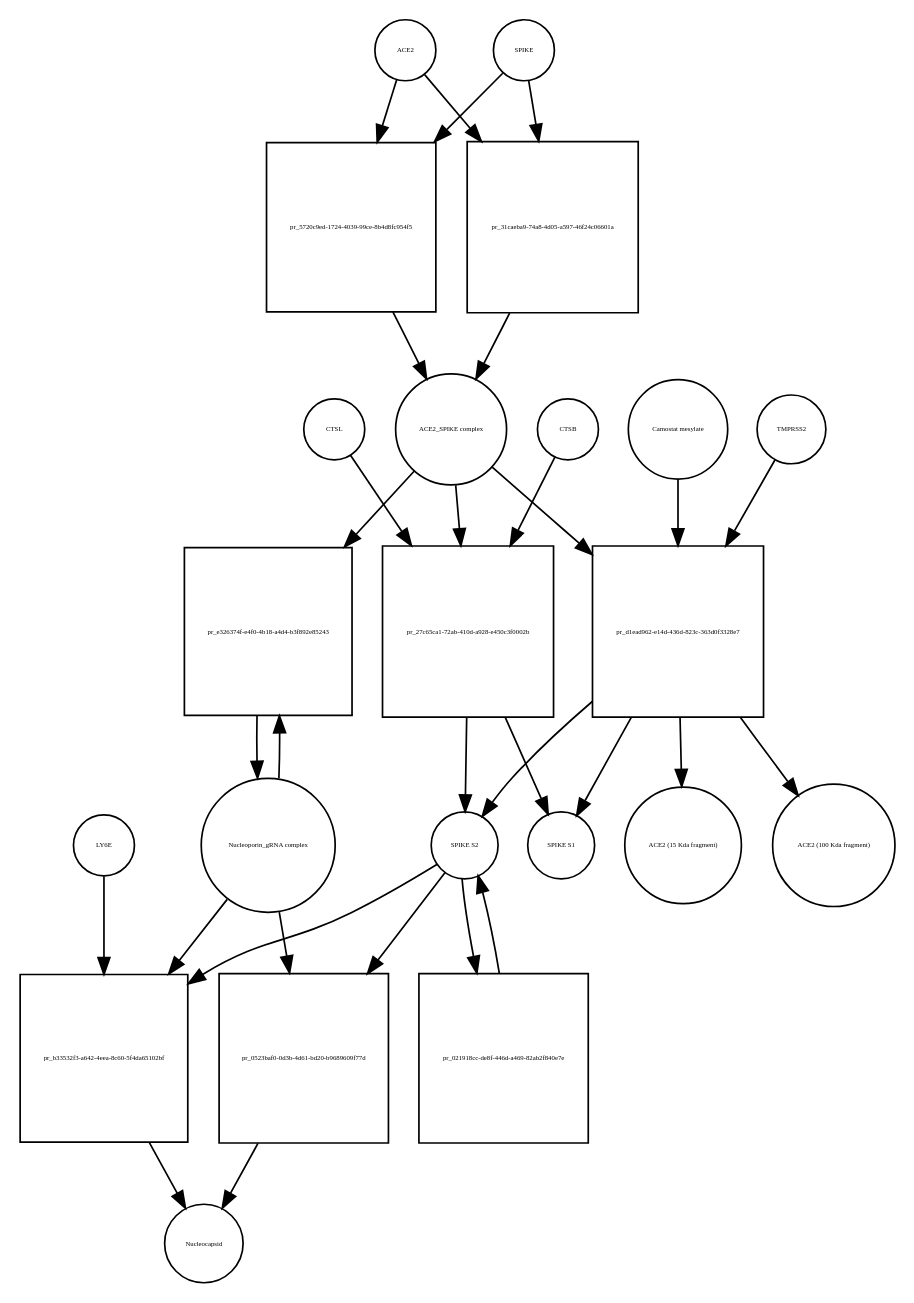
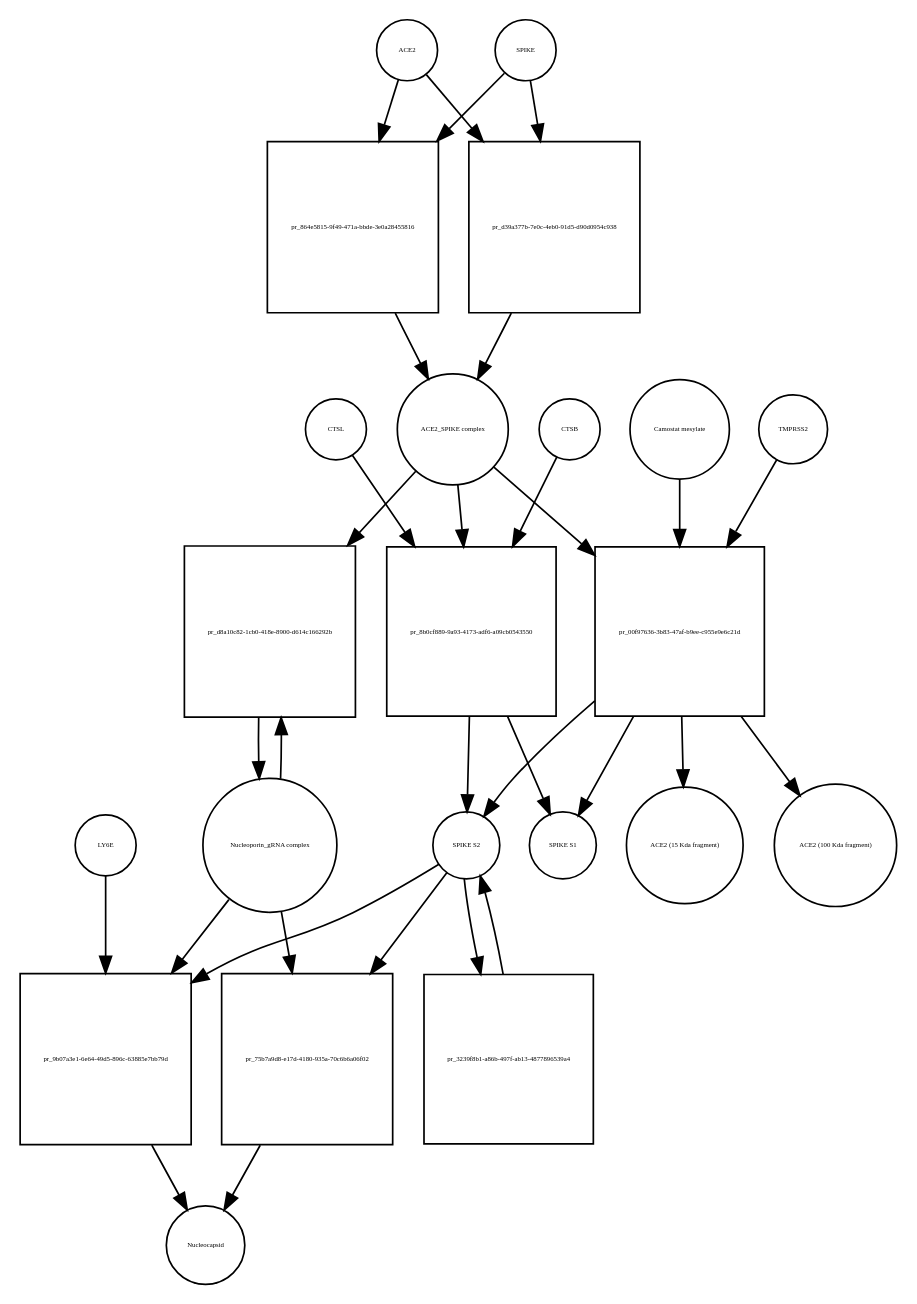
The diagram in Virus_replication_cycle_V02.xml_bipartite.dot (cannin/covid19-sbgn), drawn with Graphviz before and after one commit. The commit also changed 564 other files, not shown here.

```diff
--- a/Virus_replication_cycle_V02.xml_bipartite.dot
+++ b/Virus_replication_cycle_V02.xml_bipartite.dot
@@ -1,54 +1,54 @@
 strict digraph  {
 ACE2 [annotation="", bipartite=0, cls=macromolecule, fontsize=4, label=ACE2, shape=circle];
-"pr_5720c9ed-1724-4039-99ce-8b4d8fc954f5" [annotation="", bipartite=1, cls=process, fontsize=4, label="pr_5720c9ed-1724-4039-99ce-8b4d8fc954f5", shape=square];
+"pr_864e5815-9f49-471a-bbde-3e0a28455816" [annotation="", bipartite=1, cls=process, fontsize=4, label="pr_864e5815-9f49-471a-bbde-3e0a28455816", shape=square];
 "ACE2_SPIKE complex" [annotation="", bipartite=0, cls=complex, fontsize=4, label="ACE2_SPIKE complex", shape=circle];
 SPIKE [annotation="", bipartite=0, cls="macromolecule multimer", fontsize=4, label=SPIKE, shape=circle];
 "Nucleoporin_gRNA complex " [annotation="", bipartite=0, cls=complex, fontsize=4, label="Nucleoporin_gRNA complex ", shape=circle];
-"pr_e326374f-e4f0-4b18-a4d4-b3f892e85243" [annotation="", bipartite=1, cls=process, fontsize=4, label="pr_e326374f-e4f0-4b18-a4d4-b3f892e85243", shape=square];
-"pr_27c65ca1-72ab-410d-a928-e450c3f0002b" [annotation="", bipartite=1, cls=process, fontsize=4, label="pr_27c65ca1-72ab-410d-a928-e450c3f0002b", shape=square];
+"pr_d8a10c82-1cb0-418e-8900-d614c166292b" [annotation="", bipartite=1, cls=process, fontsize=4, label="pr_d8a10c82-1cb0-418e-8900-d614c166292b", shape=square];
+"pr_8b0cf889-9a93-4173-adf6-a09cb0543550" [annotation="", bipartite=1, cls=process, fontsize=4, label="pr_8b0cf889-9a93-4173-adf6-a09cb0543550", shape=square];
 "SPIKE S2" [annotation="", bipartite=0, cls=macromolecule, fontsize=4, label="SPIKE S2", shape=circle];
 CTSB [annotation="", bipartite=0, cls=macromolecule, fontsize=4, label=CTSB, shape=circle];
 CTSL [annotation="", bipartite=0, cls=macromolecule, fontsize=4, label=CTSL, shape=circle];
 "SPIKE S1" [annotation="", bipartite=0, cls=macromolecule, fontsize=4, label="SPIKE S1", shape=circle];
-"pr_d1ead962-e14d-436d-823c-363d0f3328e7" [annotation="", bipartite=1, cls=process, fontsize=4, label="pr_d1ead962-e14d-436d-823c-363d0f3328e7", shape=square];
+"pr_00f97636-3b83-47af-b9ee-c955e9e6c21d" [annotation="", bipartite=1, cls=process, fontsize=4, label="pr_00f97636-3b83-47af-b9ee-c955e9e6c21d", shape=square];
 TMPRSS2 [annotation="", bipartite=0, cls=macromolecule, fontsize=4, label=TMPRSS2, shape=circle];
 "Camostat mesylate" [annotation="urn_miriam_pubchem.compound_2536", bipartite=0, cls="simple chemical", fontsize=4, label="Camostat mesylate", shape=circle];
 "ACE2 (15 Kda fragment)" [annotation="", bipartite=0, cls=macromolecule, fontsize=4, label="ACE2 (15 Kda fragment)", shape=circle];
 "ACE2 (100 Kda fragment)" [annotation="", bipartite=0, cls=macromolecule, fontsize=4, label="ACE2 (100 Kda fragment)", shape=circle];
-"pr_31caeba9-74a8-4d05-a597-46f24c06601a" [annotation="", bipartite=1, cls=process, fontsize=4, label="pr_31caeba9-74a8-4d05-a597-46f24c06601a", shape=square];
-"pr_b33532f3-a642-4eea-8c60-5f4da65102bf" [annotation="", bipartite=1, cls=process, fontsize=4, label="pr_b33532f3-a642-4eea-8c60-5f4da65102bf", shape=square];
+"pr_d39a377b-7e0c-4eb0-91d5-d90d0954c938" [annotation="", bipartite=1, cls=process, fontsize=4, label="pr_d39a377b-7e0c-4eb0-91d5-d90d0954c938", shape=square];
+"pr_9b07a3e1-6e64-49d5-896c-63885e7bb79d" [annotation="", bipartite=1, cls=process, fontsize=4, label="pr_9b07a3e1-6e64-49d5-896c-63885e7bb79d", shape=square];
 Nucleocapsid [annotation="", bipartite=0, cls=complex, fontsize=4, label=Nucleocapsid, shape=circle];
 LY6E [annotation="", bipartite=0, cls=macromolecule, fontsize=4, label=LY6E, shape=circle];
-"pr_021918cc-de8f-446d-a469-82ab2f840e7e" [annotation="", bipartite=1, cls=process, fontsize=4, label="pr_021918cc-de8f-446d-a469-82ab2f840e7e", shape=square];
-"pr_0523baf0-0d3b-4d61-bd20-b9689609f77d" [annotation="", bipartite=1, cls=process, fontsize=4, label="pr_0523baf0-0d3b-4d61-bd20-b9689609f77d", shape=square];
-ACE2 -> "pr_5720c9ed-1724-4039-99ce-8b4d8fc954f5"  [annotation="", interaction_type=consumption];
-ACE2 -> "pr_31caeba9-74a8-4d05-a597-46f24c06601a"  [annotation="", interaction_type=consumption];
-"pr_5720c9ed-1724-4039-99ce-8b4d8fc954f5" -> "ACE2_SPIKE complex"  [annotation="", interaction_type=production];
-"ACE2_SPIKE complex" -> "pr_e326374f-e4f0-4b18-a4d4-b3f892e85243"  [annotation="urn_miriam_pubmed_32142651|urn_miriam_pubmed_32094589", interaction_type=stimulation];
-"ACE2_SPIKE complex" -> "pr_27c65ca1-72ab-410d-a928-e450c3f0002b"  [annotation="", interaction_type=consumption];
-"ACE2_SPIKE complex" -> "pr_d1ead962-e14d-436d-823c-363d0f3328e7"  [annotation="", interaction_type=consumption];
-SPIKE -> "pr_5720c9ed-1724-4039-99ce-8b4d8fc954f5"  [annotation="", interaction_type=consumption];
-SPIKE -> "pr_31caeba9-74a8-4d05-a597-46f24c06601a"  [annotation="", interaction_type=consumption];
-"Nucleoporin_gRNA complex " -> "pr_e326374f-e4f0-4b18-a4d4-b3f892e85243"  [annotation="", interaction_type=consumption];
-"Nucleoporin_gRNA complex " -> "pr_b33532f3-a642-4eea-8c60-5f4da65102bf"  [annotation="", interaction_type=consumption];
-"Nucleoporin_gRNA complex " -> "pr_0523baf0-0d3b-4d61-bd20-b9689609f77d"  [annotation="", interaction_type=consumption];
-"pr_e326374f-e4f0-4b18-a4d4-b3f892e85243" -> "Nucleoporin_gRNA complex "  [annotation="", interaction_type=production];
-"pr_27c65ca1-72ab-410d-a928-e450c3f0002b" -> "SPIKE S2"  [annotation="", interaction_type=production];
-"pr_27c65ca1-72ab-410d-a928-e450c3f0002b" -> "SPIKE S1"  [annotation="", interaction_type=production];
-"SPIKE S2" -> "pr_b33532f3-a642-4eea-8c60-5f4da65102bf"  [annotation="urn_miriam_doi_10.1101%2F2020.03.05.979260|urn_miriam_doi_10.1101%2F2020.04.02.021469", interaction_type=stimulation];
-"SPIKE S2" -> "pr_021918cc-de8f-446d-a469-82ab2f840e7e"  [annotation="", interaction_type=consumption];
-"SPIKE S2" -> "pr_0523baf0-0d3b-4d61-bd20-b9689609f77d"  [annotation="", interaction_type=stimulation];
-CTSB -> "pr_27c65ca1-72ab-410d-a928-e450c3f0002b"  [annotation=urn_miriam_pubmed_32142651, interaction_type=catalysis];
-CTSL -> "pr_27c65ca1-72ab-410d-a928-e450c3f0002b"  [annotation=urn_miriam_pubmed_32142651, interaction_type=catalysis];
-"pr_d1ead962-e14d-436d-823c-363d0f3328e7" -> "SPIKE S2"  [annotation="", interaction_type=production];
-"pr_d1ead962-e14d-436d-823c-363d0f3328e7" -> "SPIKE S1"  [annotation="", interaction_type=production];
-"pr_d1ead962-e14d-436d-823c-363d0f3328e7" -> "ACE2 (15 Kda fragment)"  [annotation="", interaction_type=production];
-"pr_d1ead962-e14d-436d-823c-363d0f3328e7" -> "ACE2 (100 Kda fragment)"  [annotation="", interaction_type=production];
-TMPRSS2 -> "pr_d1ead962-e14d-436d-823c-363d0f3328e7"  [annotation="urn_miriam_pubmed_32142651|urn_miriam_pubmed_32094589|urn_miriam_pubmed_24227843", interaction_type=catalysis];
-"Camostat mesylate" -> "pr_d1ead962-e14d-436d-823c-363d0f3328e7"  [annotation="urn_miriam_pubmed_32142651|urn_miriam_pubmed_32094589|urn_miriam_pubmed_24227843", interaction_type=inhibition];
-"pr_31caeba9-74a8-4d05-a597-46f24c06601a" -> "ACE2_SPIKE complex"  [annotation="", interaction_type=production];
-"pr_b33532f3-a642-4eea-8c60-5f4da65102bf" -> Nucleocapsid  [annotation="", interaction_type=production];
-LY6E -> "pr_b33532f3-a642-4eea-8c60-5f4da65102bf"  [annotation="urn_miriam_doi_10.1101%2F2020.03.05.979260|urn_miriam_doi_10.1101%2F2020.04.02.021469", interaction_type=inhibition];
-"pr_021918cc-de8f-446d-a469-82ab2f840e7e" -> "SPIKE S2"  [annotation="", interaction_type=production];
-"pr_0523baf0-0d3b-4d61-bd20-b9689609f77d" -> Nucleocapsid  [annotation="", interaction_type=production];
+"pr_3239f8b1-a86b-497f-ab13-4877896539a4" [annotation="", bipartite=1, cls=process, fontsize=4, label="pr_3239f8b1-a86b-497f-ab13-4877896539a4", shape=square];
+"pr_75b7a9d8-e17d-4180-935a-70c6b6a06f02" [annotation="", bipartite=1, cls=process, fontsize=4, label="pr_75b7a9d8-e17d-4180-935a-70c6b6a06f02", shape=square];
+ACE2 -> "pr_864e5815-9f49-471a-bbde-3e0a28455816"  [annotation="", interaction_type=consumption];
+ACE2 -> "pr_d39a377b-7e0c-4eb0-91d5-d90d0954c938"  [annotation="", interaction_type=consumption];
+"pr_864e5815-9f49-471a-bbde-3e0a28455816" -> "ACE2_SPIKE complex"  [annotation="", interaction_type=production];
+"ACE2_SPIKE complex" -> "pr_d8a10c82-1cb0-418e-8900-d614c166292b"  [annotation="urn_miriam_pubmed_32142651|urn_miriam_pubmed_32094589", interaction_type=stimulation];
+"ACE2_SPIKE complex" -> "pr_8b0cf889-9a93-4173-adf6-a09cb0543550"  [annotation="", interaction_type=consumption];
+"ACE2_SPIKE complex" -> "pr_00f97636-3b83-47af-b9ee-c955e9e6c21d"  [annotation="", interaction_type=consumption];
+SPIKE -> "pr_864e5815-9f49-471a-bbde-3e0a28455816"  [annotation="", interaction_type=consumption];
+SPIKE -> "pr_d39a377b-7e0c-4eb0-91d5-d90d0954c938"  [annotation="", interaction_type=consumption];
+"Nucleoporin_gRNA complex " -> "pr_d8a10c82-1cb0-418e-8900-d614c166292b"  [annotation="", interaction_type=consumption];
+"Nucleoporin_gRNA complex " -> "pr_9b07a3e1-6e64-49d5-896c-63885e7bb79d"  [annotation="", interaction_type=consumption];
+"Nucleoporin_gRNA complex " -> "pr_75b7a9d8-e17d-4180-935a-70c6b6a06f02"  [annotation="", interaction_type=consumption];
+"pr_d8a10c82-1cb0-418e-8900-d614c166292b" -> "Nucleoporin_gRNA complex "  [annotation="", interaction_type=production];
+"pr_8b0cf889-9a93-4173-adf6-a09cb0543550" -> "SPIKE S2"  [annotation="", interaction_type=production];
+"pr_8b0cf889-9a93-4173-adf6-a09cb0543550" -> "SPIKE S1"  [annotation="", interaction_type=production];
+"SPIKE S2" -> "pr_9b07a3e1-6e64-49d5-896c-63885e7bb79d"  [annotation="urn_miriam_doi_10.1101%2F2020.03.05.979260|urn_miriam_doi_10.1101%2F2020.04.02.021469", interaction_type=stimulation];
+"SPIKE S2" -> "pr_3239f8b1-a86b-497f-ab13-4877896539a4"  [annotation="", interaction_type=consumption];
+"SPIKE S2" -> "pr_75b7a9d8-e17d-4180-935a-70c6b6a06f02"  [annotation="", interaction_type=stimulation];
+CTSB -> "pr_8b0cf889-9a93-4173-adf6-a09cb0543550"  [annotation=urn_miriam_pubmed_32142651, interaction_type=catalysis];
+CTSL -> "pr_8b0cf889-9a93-4173-adf6-a09cb0543550"  [annotation=urn_miriam_pubmed_32142651, interaction_type=catalysis];
+"pr_00f97636-3b83-47af-b9ee-c955e9e6c21d" -> "SPIKE S2"  [annotation="", interaction_type=production];
+"pr_00f97636-3b83-47af-b9ee-c955e9e6c21d" -> "SPIKE S1"  [annotation="", interaction_type=production];
+"pr_00f97636-3b83-47af-b9ee-c955e9e6c21d" -> "ACE2 (15 Kda fragment)"  [annotation="", interaction_type=production];
+"pr_00f97636-3b83-47af-b9ee-c955e9e6c21d" -> "ACE2 (100 Kda fragment)"  [annotation="", interaction_type=production];
+TMPRSS2 -> "pr_00f97636-3b83-47af-b9ee-c955e9e6c21d"  [annotation="urn_miriam_pubmed_32142651|urn_miriam_pubmed_32094589|urn_miriam_pubmed_24227843", interaction_type=catalysis];
+"Camostat mesylate" -> "pr_00f97636-3b83-47af-b9ee-c955e9e6c21d"  [annotation="urn_miriam_pubmed_32142651|urn_miriam_pubmed_32094589|urn_miriam_pubmed_24227843", interaction_type=inhibition];
+"pr_d39a377b-7e0c-4eb0-91d5-d90d0954c938" -> "ACE2_SPIKE complex"  [annotation="", interaction_type=production];
+"pr_9b07a3e1-6e64-49d5-896c-63885e7bb79d" -> Nucleocapsid  [annotation="", interaction_type=production];
+LY6E -> "pr_9b07a3e1-6e64-49d5-896c-63885e7bb79d"  [annotation="urn_miriam_doi_10.1101%2F2020.03.05.979260|urn_miriam_doi_10.1101%2F2020.04.02.021469", interaction_type=inhibition];
+"pr_3239f8b1-a86b-497f-ab13-4877896539a4" -> "SPIKE S2"  [annotation="", interaction_type=production];
+"pr_75b7a9d8-e17d-4180-935a-70c6b6a06f02" -> Nucleocapsid  [annotation="", interaction_type=production];
 }
```
